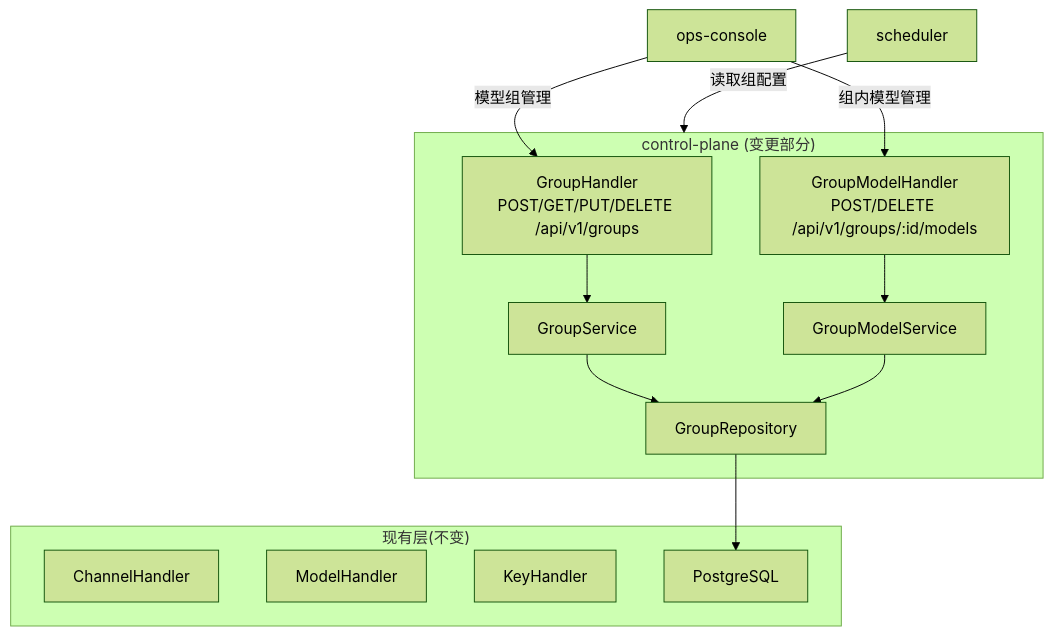
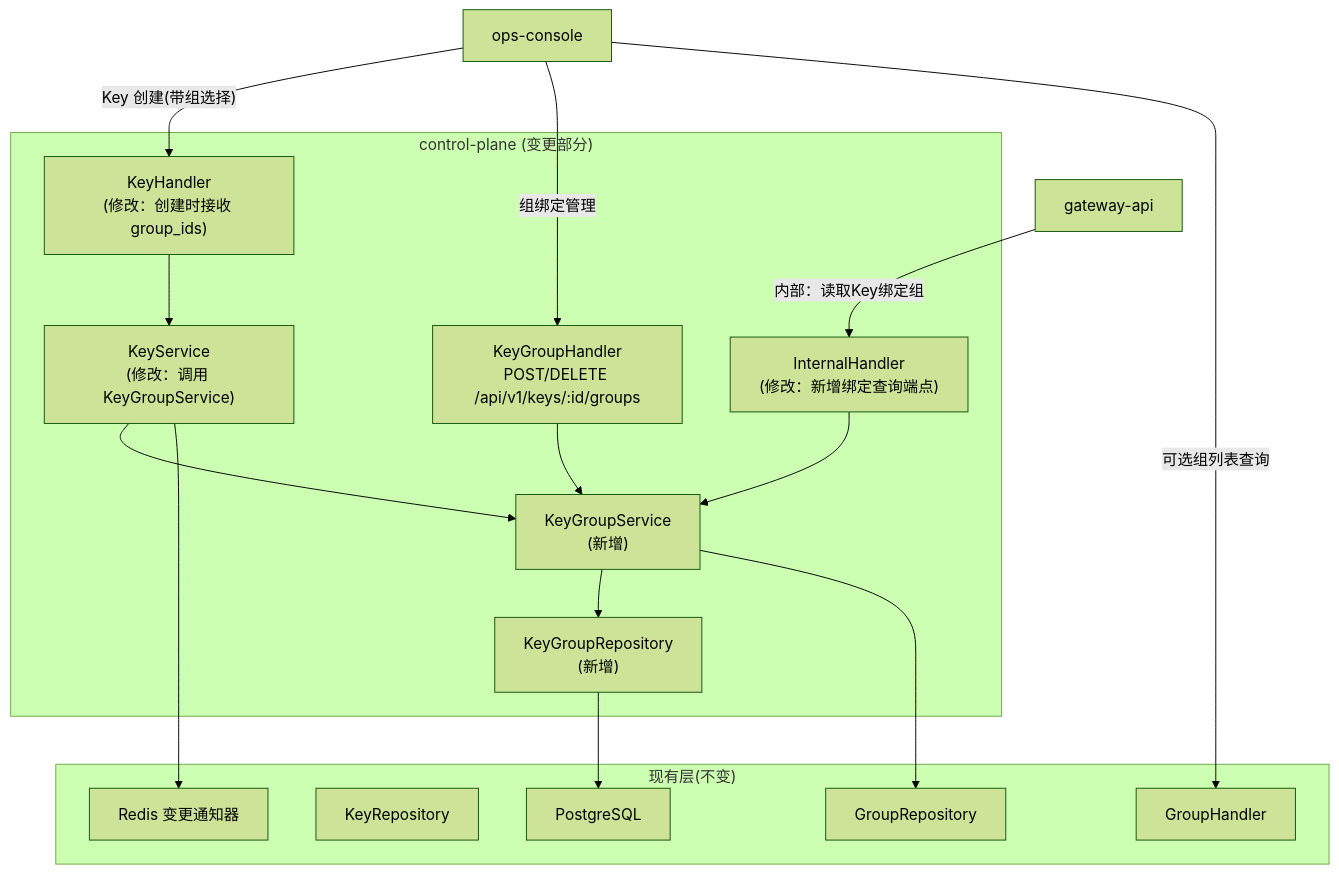
Before and after one commit to achieve-jsy/llm-gateway: the first of 4 diagrams in xspec/changes/control-plane/hld.delta.md, drawn with Mermaid (forest theme). The commit also changed other lines of this file and 134 other files, not shown here.

First line of the commit message:
feat(api-key): 添加API密钥与模型组绑定功能

````diff
--- a/xspec/changes/control-plane/hld.delta.md
+++ b/xspec/changes/control-plane/hld.delta.md
@@ -11,28 +11,34 @@
 ```mermaid
 flowchart TD
     subgraph CP["control-plane (变更部分)"]
-        GH["GroupHandler<br/>POST/GET/PUT/DELETE /api/v1/groups"]
-        GS["GroupService"]
-        GR["GroupRepository"]
-
-        GMH["GroupModelHandler<br/>POST/DELETE /api/v1/groups/:id/models"]
-        GMS["GroupModelService"]
-
-        GH --> GS
-        GS --> GR
-        GMH --> GMS
-        GMS --> GR
+        KGH["KeyGroupHandler<br/>POST/DELETE /api/v1/keys/:id/groups"]
+        KGS["KeyGroupService<br/>(新增)"]
+        KGR["KeyGroupRepository<br/>(新增)"]
+        
+        KH["KeyHandler<br/>(修改：创建时接收 group_ids)"]
+        KS["KeyService<br/>(修改：调用 KeyGroupService)"]
+        IH["InternalHandler<br/>(修改：新增绑定查询端点)"]
     end
 
     subgraph Existing["现有层(不变)"]
-        CH["ChannelHandler"]
-        MH["ModelHandler"]
-        KH["KeyHandler"]
+        GH["GroupHandler"]
+        KR["KeyRepository"]
+        GR["GroupRepository"]
+        N["Redis 变更通知器"]
         DB["PostgreSQL"]
     end
 
-    GR --> DB
-    OP["ops-console"] -->|模型组管理| GH
-    OP -->|组内模型管理| GMH
-    SCH["scheduler"] -->|读取组配置| CP
+    OC["ops-console"] -->|"Key 创建(带组选择)"| KH
+    OC -->|"组绑定管理"| KGH
+    OC -->|"可选组列表查询"| GH
+    GW["gateway-api"] -->|"内部：读取Key绑定组"| IH
+
+    KH --> KS
+    KS --> KGS
+    KGH --> KGS
+    KGS --> KGR
+    KGR --> DB
+    IH --> KGS
+    KGS --> GR
+    KS --> N
 ```
````
